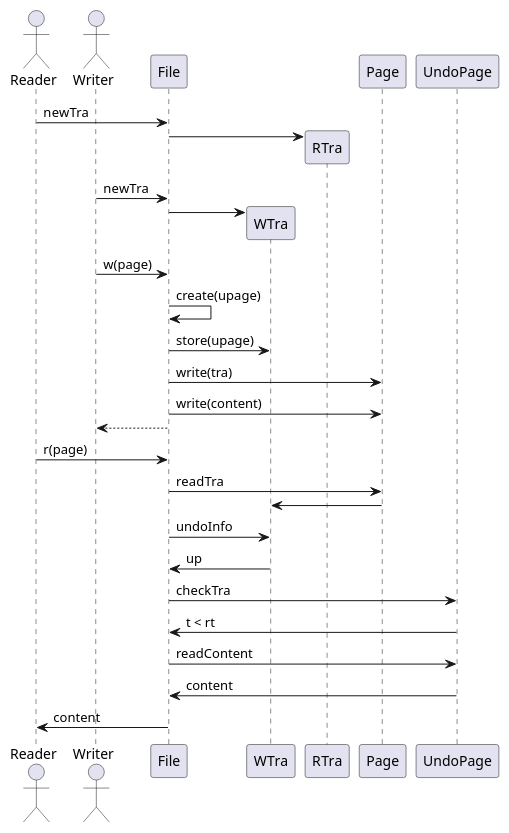
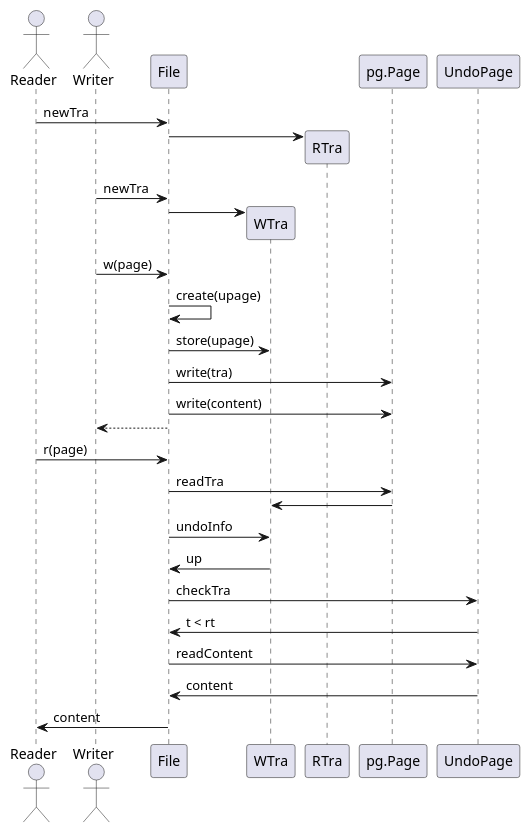
The diagram in doc/TraHandling1.puml (aschoerk/mvstore), drawn with PlantUML before and after one commit. The commit also changed 8 other files, not shown here.

```diff
--- a/doc/TraHandling1.puml
+++ b/doc/TraHandling1.puml
@@ -1,31 +1,31 @@
 @startuml
 actor Reader as r
 actor Writer as w
 participant File as f
 participant WTra as wt
 participant RTra as rt
-participant Page as p
+participant pg.Page as p
 participant UndoPage as up
 r -> f: newTra
 create rt
 f -> rt
 w -> f: newTra
 create wt
 f -> wt
 w -> f: w(page)
 f -> f: create(upage)
 f -> wt: store(upage)
 f -> p: write(tra)
 f -> p: write(content)
 f --> w
 r -> f: r(page)
 f -> p: readTra
 p -> wt
 f -> wt: undoInfo
 wt -> f: up
 f -> up: checkTra
 up -> f: t < rt
 f -> up: readContent
 up -> f: content
 f -> r: content
 @enduml
```
